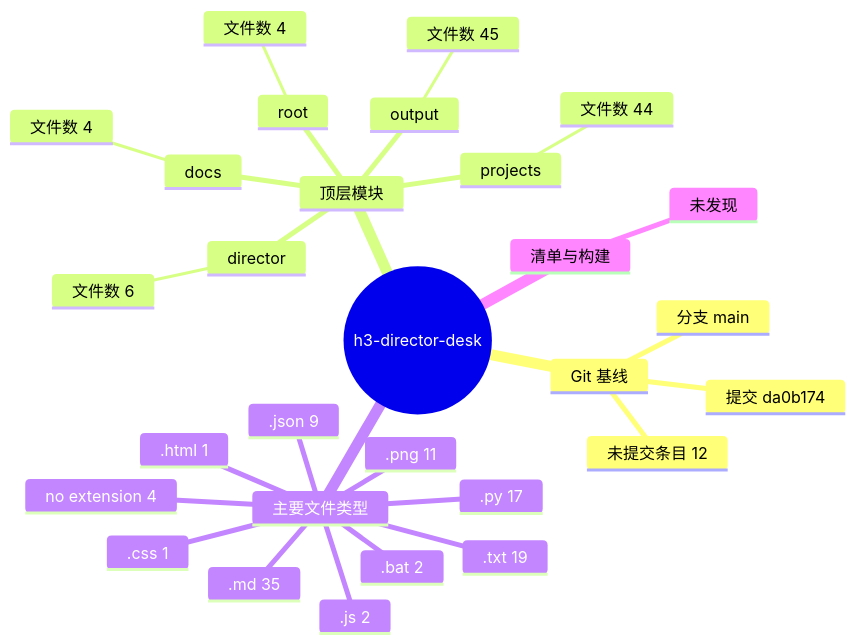
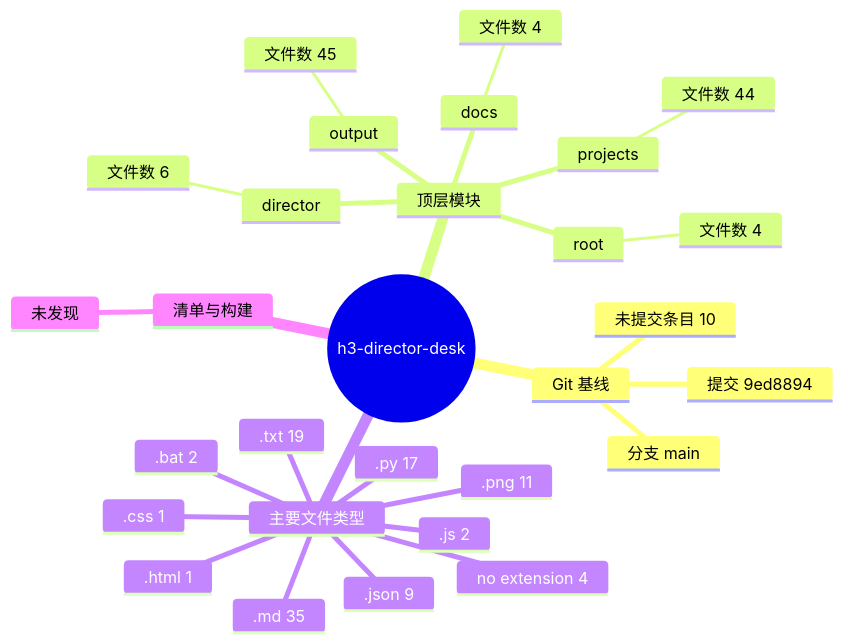
One commit to Exalex/h3-director-desk changed the diagram in docs/project-evolution/mindmaps/repository-structure.md. Above: the diagram before and after it, drawn with Mermaid. The commit also changed 9 other files, not shown here.

````diff
--- a/docs/project-evolution/mindmaps/repository-structure.md
+++ b/docs/project-evolution/mindmaps/repository-structure.md
@@ -5,32 +5,32 @@
 ```mermaid
 mindmap
   root((h3-director-desk))
     Git 基线
       分支 main
-      提交 da0b174
-      未提交条目 12
+      提交 9ed8894
+      未提交条目 10
     顶层模块
       output
         文件数 45
       projects
         文件数 44
       director
         文件数 6
       root
         文件数 4
       docs
         文件数 4
     主要文件类型
       .md 35
       .txt 19
       .py 17
       .png 11
       .json 9
       no extension 4
       .bat 2
       .js 2
       .html 1
       .css 1
     清单与构建
       未发现
 ```
````
